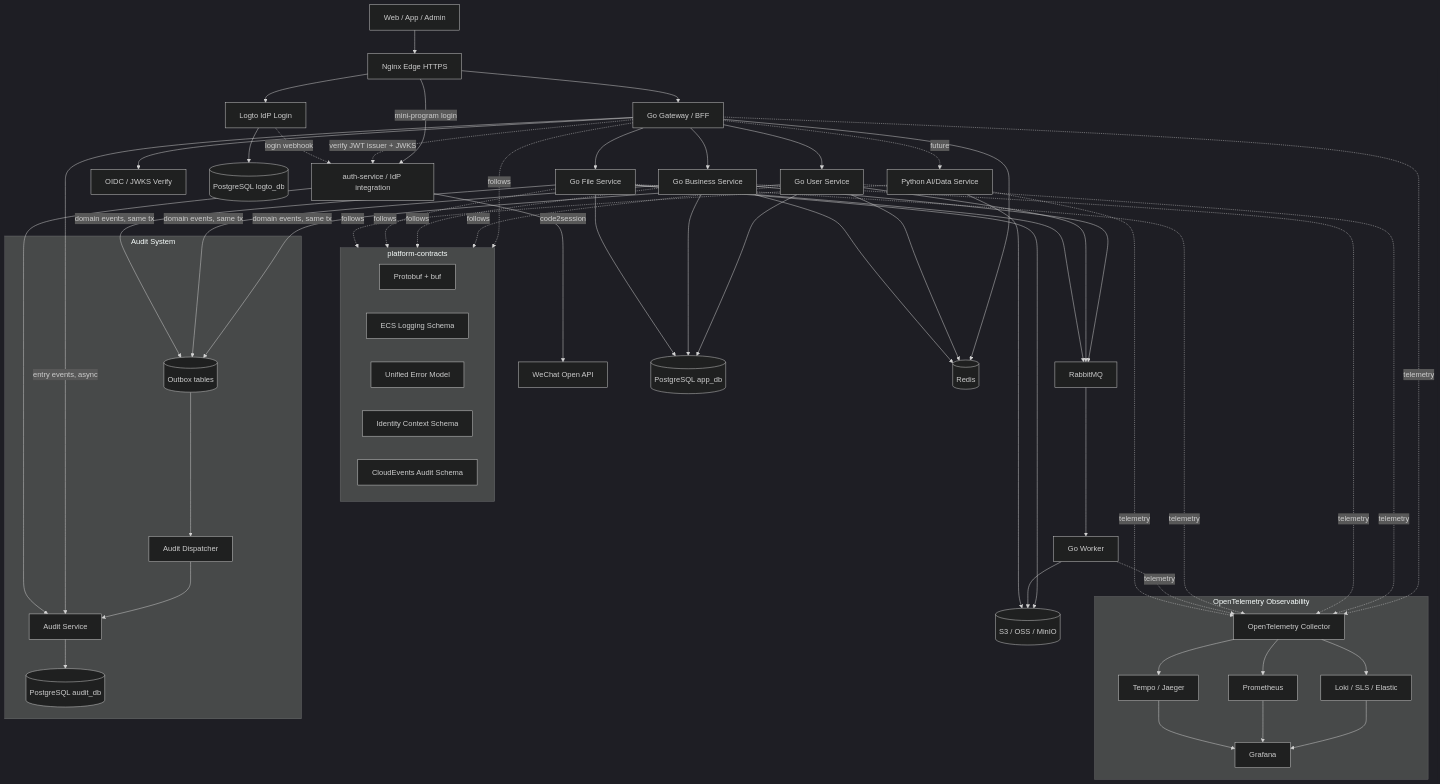
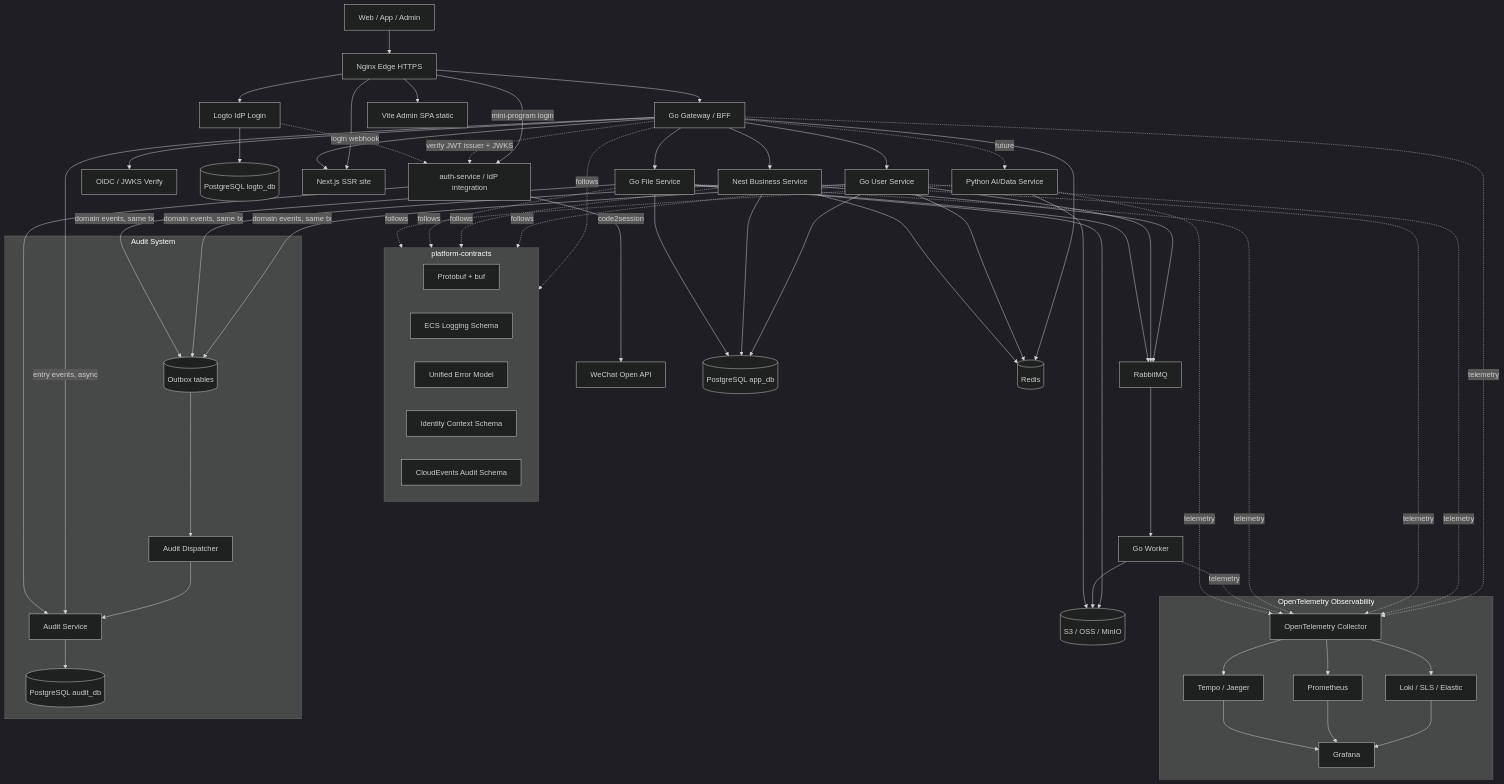
Before and after one commit to Ting-Code/Ting-Boundless: the diagram in docs/ARCHITECTURE.md, drawn with Mermaid (dark theme). The commit also changed other lines of this file and 187 other files, not shown here.

```diff
--- a/docs/ARCHITECTURE.md
+++ b/docs/ARCHITECTURE.md
@@ -130,8 +130,11 @@
   Gateway --> LogtoJWKS[OIDC / JWKS Verify]
   Logto --> AuthDB[(PostgreSQL logto_db)]
 
+  Nginx --> NextApp[Next.js SSR site]
+  Nginx --> AdminSPA[Vite Admin SPA static]
+  Gateway --> NextApp
   Gateway --> UserSvc[Go User Service]
-  Gateway --> BizSvc[Go Business Service]
+  Gateway --> BizSvc[Nest Business Service]
   Gateway --> FileSvc[Go File Service]
   Gateway -. future .-> PySvc[Python AI/Data Service]
 
```
